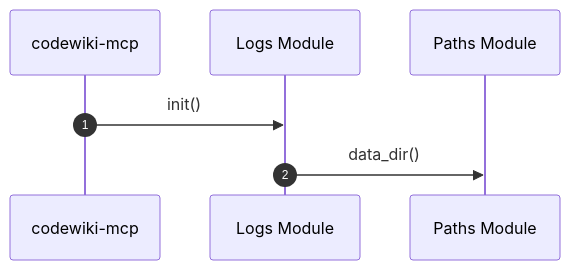
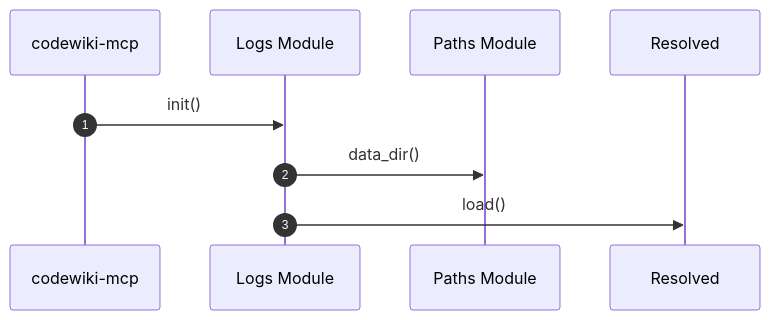
The diagram in obsidian/00-Architecture/codewiki-mcp Startup Flow.md (Fly-onlyone/CodeWiki), drawn with Mermaid before and after one commit. The commit also changed other lines of this file and 160 other files, not shown here.

````diff
--- a/obsidian/00-Architecture/codewiki-mcp Startup Flow.md
+++ b/obsidian/00-Architecture/codewiki-mcp Startup Flow.md
@@ -15,9 +15,11 @@
 ```mermaid
 sequenceDiagram
     autonumber
     participant p0 as codewiki-mcp
     participant p1 as Logs Module
     participant p2 as Paths Module
+    participant p3 as Resolved
     p0->>p1: init()
     p1->>p2: data_dir()
+    p1->>p3: load()
 ```
````
